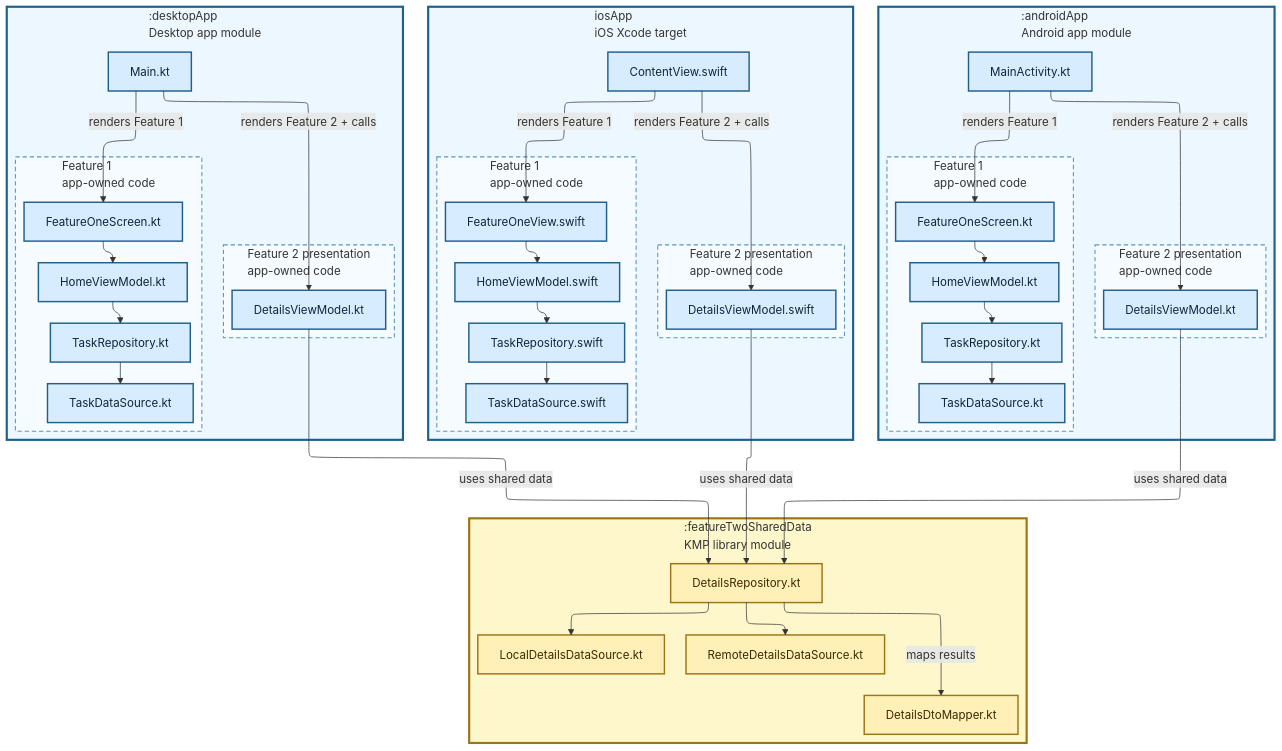
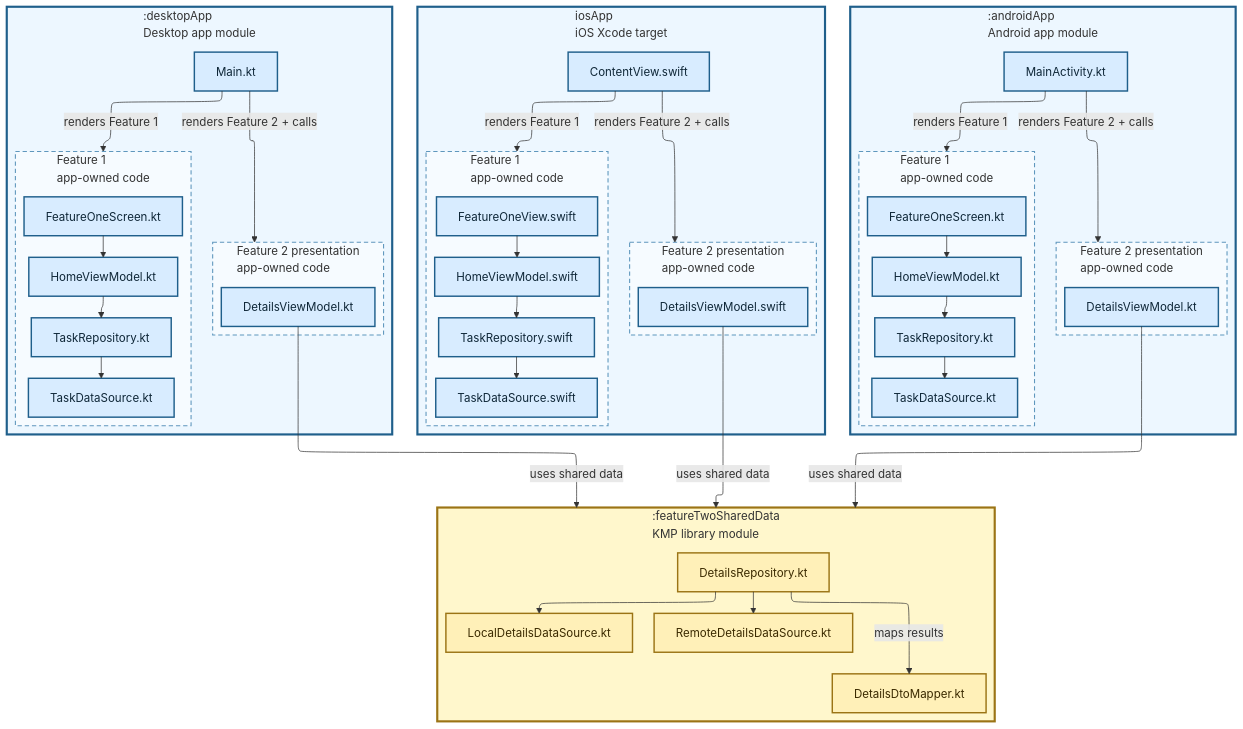
One commit to TheSetox/kmp-sample-diagrams changed the diagram in diagrams/10-modular-kmp-data-layer.md. Above: the diagram before and after it, drawn with Mermaid. The commit also changed 38 other files, not shown here.

Commit message:
docs: clarify diagram typography and routing

```diff
--- a/diagrams/10-modular-kmp-data-layer.md
+++ b/diagrams/10-modular-kmp-data-layer.md
@@ -25,8 +25,8 @@
       direction TB
       ADetailsVM["DetailsViewModel.kt"]
     end
-    AEntry -->|"renders Feature 1"| AHomeUI
-    AEntry -->|"renders Feature 2 + calls"| ADetailsVM
+    AEntry -->|"renders Feature 1"| AFeatureOne
+    AEntry -->|"renders Feature 2 + calls"| AFeatureTwo
   end
 
   subgraph IOS["iosApp\niOS Xcode target"]
@@ -44,8 +44,8 @@
       direction TB
       IDetailsVM["DetailsViewModel.swift"]
     end
-    IEntry -->|"renders Feature 1"| IHomeUI
-    IEntry -->|"renders Feature 2 + calls"| IDetailsVM
+    IEntry -->|"renders Feature 1"| IFeatureOne
+    IEntry -->|"renders Feature 2 + calls"| IFeatureTwo
   end
 
   subgraph Desktop[":desktopApp\nDesktop app module"]
@@ -63,8 +63,8 @@
       direction TB
       DDetailsVM["DetailsViewModel.kt"]
     end
-    DEntry -->|"renders Feature 1"| DHomeUI
-    DEntry -->|"renders Feature 2 + calls"| DDetailsVM
+    DEntry -->|"renders Feature 1"| DFeatureOne
+    DEntry -->|"renders Feature 2 + calls"| DFeatureTwo
   end
 
   subgraph KMP[":featureTwoSharedData\nKMP library module"]
@@ -78,9 +78,9 @@
     Repository -->|"maps results"| Mapper
   end
 
-  DDetailsVM -->|"uses shared data"| Repository
-  IDetailsVM -->|"uses shared data"| Repository
-  ADetailsVM -->|"uses shared data"| Repository
+  DDetailsVM -->|"uses shared data"| KMP
+  IDetailsVM -->|"uses shared data"| KMP
+  ADetailsVM -->|"uses shared data"| KMP
 
   classDef app fill:#d8ecff,stroke:#1f5f8b,color:#0f2738,stroke-width:2px;
   classDef kmp fill:#fff0b8,stroke:#9b7415,color:#3b2a00,stroke-width:2px;
```
